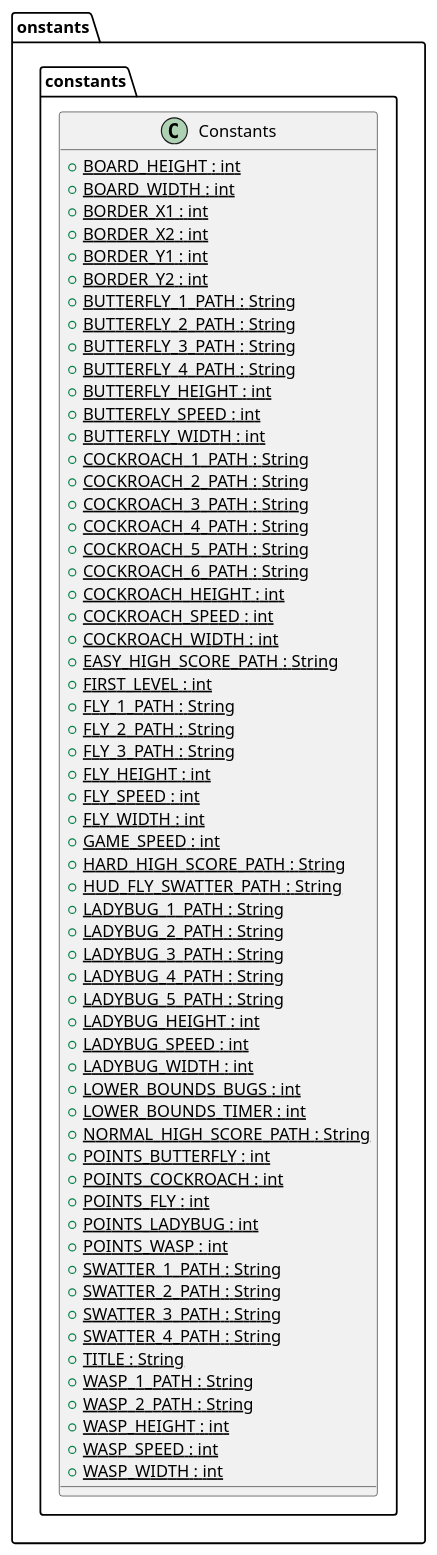
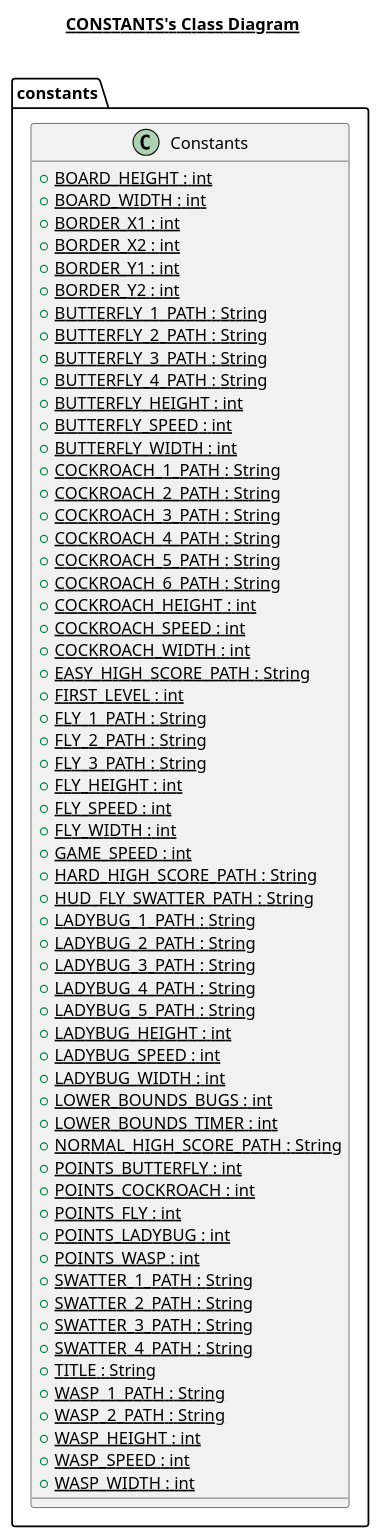
One commit to lcintini/JFlySwatter changed the diagram in src/constants/constants.plantuml. Above: the diagram before and after it, drawn with PlantUML. The commit also changed 34 other files, not shown here.

```diff
--- a/src/constants/constants.plantuml
+++ b/src/constants/constants.plantuml
@@ -1,69 +1,71 @@
 @startuml
 
+title __CONSTANTS's Class Diagram__\n
 
-    namespace onstants {
+  namespace constants {
       class constants.Constants {
           {static} + BOARD_HEIGHT : int
           {static} + BOARD_WIDTH : int
           {static} + BORDER_X1 : int
           {static} + BORDER_X2 : int
           {static} + BORDER_Y1 : int
           {static} + BORDER_Y2 : int
           {static} + BUTTERFLY_1_PATH : String
           {static} + BUTTERFLY_2_PATH : String
           {static} + BUTTERFLY_3_PATH : String
           {static} + BUTTERFLY_4_PATH : String
           {static} + BUTTERFLY_HEIGHT : int
           {static} + BUTTERFLY_SPEED : int
           {static} + BUTTERFLY_WIDTH : int
           {static} + COCKROACH_1_PATH : String
           {static} + COCKROACH_2_PATH : String
           {static} + COCKROACH_3_PATH : String
           {static} + COCKROACH_4_PATH : String
           {static} + COCKROACH_5_PATH : String
           {static} + COCKROACH_6_PATH : String
           {static} + COCKROACH_HEIGHT : int
           {static} + COCKROACH_SPEED : int
           {static} + COCKROACH_WIDTH : int
           {static} + EASY_HIGH_SCORE_PATH : String
           {static} + FIRST_LEVEL : int
           {static} + FLY_1_PATH : String
           {static} + FLY_2_PATH : String
           {static} + FLY_3_PATH : String
           {static} + FLY_HEIGHT : int
           {static} + FLY_SPEED : int
           {static} + FLY_WIDTH : int
           {static} + GAME_SPEED : int
           {static} + HARD_HIGH_SCORE_PATH : String
           {static} + HUD_FLY_SWATTER_PATH : String
           {static} + LADYBUG_1_PATH : String
           {static} + LADYBUG_2_PATH : String
           {static} + LADYBUG_3_PATH : String
           {static} + LADYBUG_4_PATH : String
           {static} + LADYBUG_5_PATH : String
           {static} + LADYBUG_HEIGHT : int
           {static} + LADYBUG_SPEED : int
           {static} + LADYBUG_WIDTH : int
           {static} + LOWER_BOUNDS_BUGS : int
           {static} + LOWER_BOUNDS_TIMER : int
           {static} + NORMAL_HIGH_SCORE_PATH : String
           {static} + POINTS_BUTTERFLY : int
           {static} + POINTS_COCKROACH : int
           {static} + POINTS_FLY : int
           {static} + POINTS_LADYBUG : int
           {static} + POINTS_WASP : int
           {static} + SWATTER_1_PATH : String
           {static} + SWATTER_2_PATH : String
           {static} + SWATTER_3_PATH : String
           {static} + SWATTER_4_PATH : String
           {static} + TITLE : String
           {static} + WASP_1_PATH : String
           {static} + WASP_2_PATH : String
           {static} + WASP_HEIGHT : int
           {static} + WASP_SPEED : int
           {static} + WASP_WIDTH : int
       }
     }
+  
 
 
 @enduml
```
